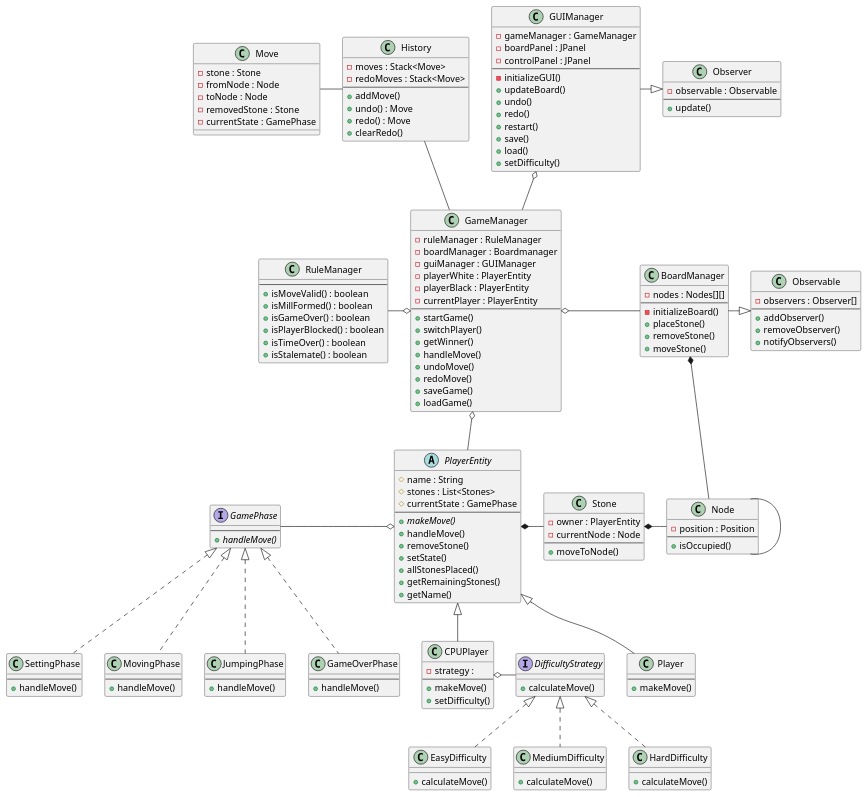
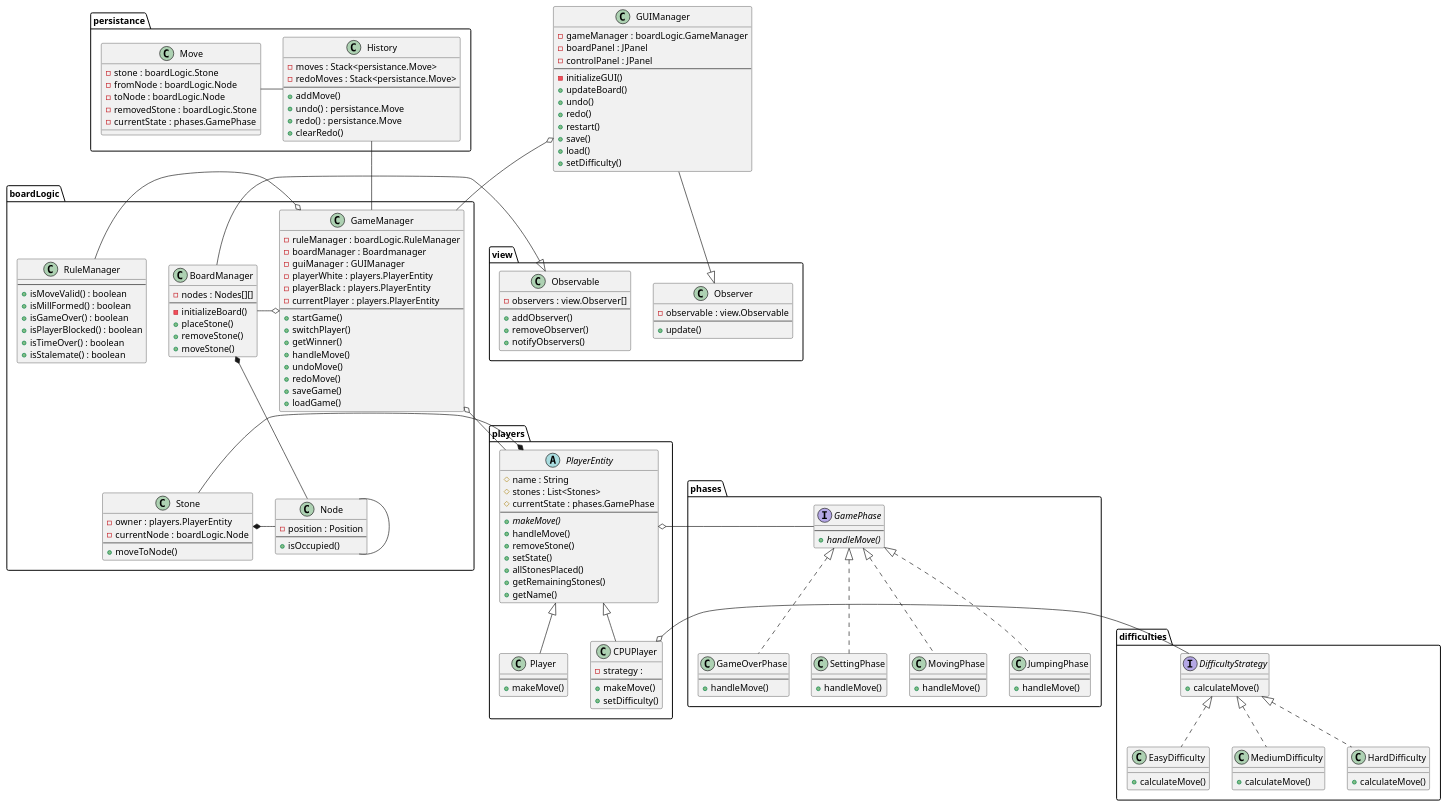
Before and after one commit to RyanMikus/muehlespiel_java_fs25: the diagram in Diagrams/ClassdiagramV2.puml, drawn with PlantUML. The commit also changed 78 other files, not shown here.

```diff
--- a/Diagrams/ClassdiagramV2.puml
+++ b/Diagrams/ClassdiagramV2.puml
@@ -1,197 +1,197 @@
 @startuml
 
-class GameManager{
-- ruleManager : RuleManager
+class boardLogic.GameManager{
+- ruleManager : boardLogic.RuleManager
 - boardManager : Boardmanager
 - guiManager : GUIManager
-- playerWhite : PlayerEntity
-- playerBlack : PlayerEntity
-- currentPlayer : PlayerEntity
+- playerWhite : players.PlayerEntity
+- playerBlack : players.PlayerEntity
+- currentPlayer : players.PlayerEntity
 --
 + startGame()
 + switchPlayer()
 + getWinner()
 + handleMove()
 + undoMove()
 + redoMove()
 + saveGame()
 + loadGame()
 }
 
-class RuleManager{
+class boardLogic.RuleManager{
 --
 + isMoveValid() : boolean
 + isMillFormed() : boolean
 + isGameOver() : boolean
 + isPlayerBlocked() : boolean
 + isTimeOver() : boolean
 + isStalemate() : boolean
 }
 
-class BoardManager{
+class boardLogic.BoardManager{
 - nodes : Nodes[][]
 --
 - initializeBoard()
 + placeStone()
 + removeStone()
 + moveStone()
 }
 
 class GUIManager{
-- gameManager : GameManager
+- gameManager : boardLogic.GameManager
 - boardPanel : JPanel
 - controlPanel : JPanel
 --
 - initializeGUI()
 + updateBoard()
 + undo()
 + redo()
 + restart()
 + save()
 + load()
 + setDifficulty()
 }
 
-interface GamePhase{
+interface phases.GamePhase{
 --
 + {abstract} handleMove()
 }
 
-class SettingPhase{
+class phases.SettingPhase{
 --
 + handleMove()
 }
 
-class MovingPhase{
+class phases.MovingPhase{
 --
 + handleMove()
 }
 
-class JumpingPhase{
+class phases.JumpingPhase{
 --
 + handleMove()
 }
 
-class GameOverPhase{
+class phases.GameOverPhase{
 --
 + handleMove()
 }
 
-class Stone{
-- owner : PlayerEntity
-- currentNode : Node
+class boardLogic.Stone{
+- owner : players.PlayerEntity
+- currentNode : boardLogic.Node
 --
 + moveToNode()
 }
 
-class Node{
+class boardLogic.Node{
 - position : Position
 --
 + isOccupied()
 }
 
-abstract class PlayerEntity{
+abstract class players.PlayerEntity{
 # name : String
 # stones : List<Stones>
-# currentState : GamePhase
+# currentState : phases.GamePhase
 --
 + {abstract} makeMove()
 + handleMove()
 + removeStone()
 + setState()
 + allStonesPlaced()
 + getRemainingStones()
 + getName()
 }
 
-class Player{
+class players.Player{
 --
 + makeMove()
 }
 
-class CPUPlayer{
+class players.CPUPlayer{
 - strategy : 
 --
 + makeMove()
 + setDifficulty()
 }
 
-class History{
-- moves : Stack<Move>
-- redoMoves : Stack<Move>
+class persistance.History{
+- moves : Stack<persistance.Move>
+- redoMoves : Stack<persistance.Move>
 --
 + addMove()
-+ undo() : Move
-+ redo() : Move
++ undo() : persistance.Move
++ redo() : persistance.Move
 + clearRedo()
 }
 
-class Move{
-- stone : Stone
-- fromNode : Node
-- toNode : Node
-- removedStone : Stone
-- currentState : GamePhase
+class persistance.Move{
+- stone : boardLogic.Stone
+- fromNode : boardLogic.Node
+- toNode : boardLogic.Node
+- removedStone : boardLogic.Stone
+- currentState : phases.GamePhase
 }
 
-class Observable{
-- observers : Observer[]
+class view.Observable{
+- observers : view.Observer[]
 --
 + addObserver()
 + removeObserver()
 + notifyObservers()
 }
 
-class Observer{
-- observable : Observable
+class view.Observer{
+- observable : view.Observable
 --
 + update()
 }
 
-interface DifficultyStrategy{
+interface difficulties.DifficultyStrategy{
 + calculateMove()
 }
 
-class EasyDifficulty{
+class difficulties.EasyDifficulty{
 + calculateMove()
 }
 
-class MediumDifficulty{
+class difficulties.MediumDifficulty{
 + calculateMove()
 }
 
-class HardDifficulty{
+class difficulties.HardDifficulty{
 + calculateMove()
 }
 
-RuleManager -o GameManager
-GUIManager o-- GameManager
-GameManager o- BoardManager
-History -- GameManager
-GameManager o-- PlayerEntity
+boardLogic.RuleManager -o boardLogic.GameManager
+GUIManager o-- boardLogic.GameManager
+boardLogic.GameManager o- boardLogic.BoardManager
+persistance.History -- boardLogic.GameManager
+boardLogic.GameManager o-- players.PlayerEntity
 
-GamePhase <|.. SettingPhase
-GamePhase <|.. JumpingPhase
-GamePhase <|.. MovingPhase
-GamePhase <|.. GameOverPhase
-GamePhase -o PlayerEntity
+phases.GamePhase <|.. phases.SettingPhase
+phases.GamePhase <|.. phases.JumpingPhase
+phases.GamePhase <|.. phases.MovingPhase
+phases.GamePhase <|.. phases.GameOverPhase
+phases.GamePhase -o players.PlayerEntity
 
-PlayerEntity <|-- Player
-PlayerEntity <|-- CPUPlayer
-CPUPlayer o- DifficultyStrategy
-PlayerEntity *- Stone
+players.PlayerEntity <|-- players.Player
+players.PlayerEntity <|-- players.CPUPlayer
+players.CPUPlayer o- difficulties.DifficultyStrategy
+players.PlayerEntity *- boardLogic.Stone
 
-DifficultyStrategy <|.. EasyDifficulty
-DifficultyStrategy <|.. MediumDifficulty
-DifficultyStrategy <|.. HardDifficulty
+difficulties.DifficultyStrategy <|.. difficulties.EasyDifficulty
+difficulties.DifficultyStrategy <|.. difficulties.MediumDifficulty
+difficulties.DifficultyStrategy <|.. difficulties.HardDifficulty
 
-BoardManager *-- Node
-BoardManager -|> Observable
-Stone *- Node
-Node - Node
+boardLogic.BoardManager *-- boardLogic.Node
+boardLogic.BoardManager -|> view.Observable
+boardLogic.Stone *- boardLogic.Node
+boardLogic.Node - boardLogic.Node
 
-Move - History
+persistance.Move - persistance.History
 
-GUIManager -|> Observer
+GUIManager -|> view.Observer
 
 @enduml
```
